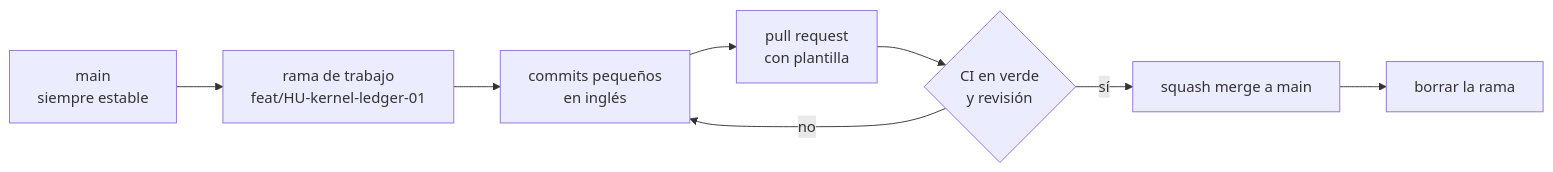
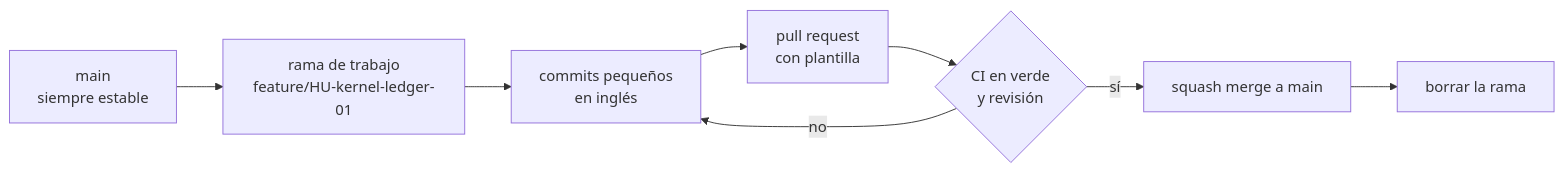
Before and after one commit to NexusThrive/nexusthrive: the diagram in docs/07-ingenieria/git-workflow.md, drawn with Mermaid. The commit also changed other lines of this file and 6 other files, not shown here.

````diff
--- a/docs/07-ingenieria/git-workflow.md
+++ b/docs/07-ingenieria/git-workflow.md
@@ -13,10 +13,10 @@
 ```mermaid
 flowchart LR
-    M["main<br/>siempre estable"] --> B["rama de trabajo<br/>feat/HU-kernel-ledger-01"]
+    M["main<br/>siempre estable"] --> B["rama de trabajo<br/>feature/HU-kernel-ledger-01"]
     B --> C["commits pequeños<br/>en inglés"]
     C --> P["pull request<br/>con plantilla"]
     P --> R{"CI en verde<br/>y revisión"}
     R -->|"sí"| S["squash merge a main"]
     R -->|"no"| C
     S --> D["borrar la rama"]
 ```
````
